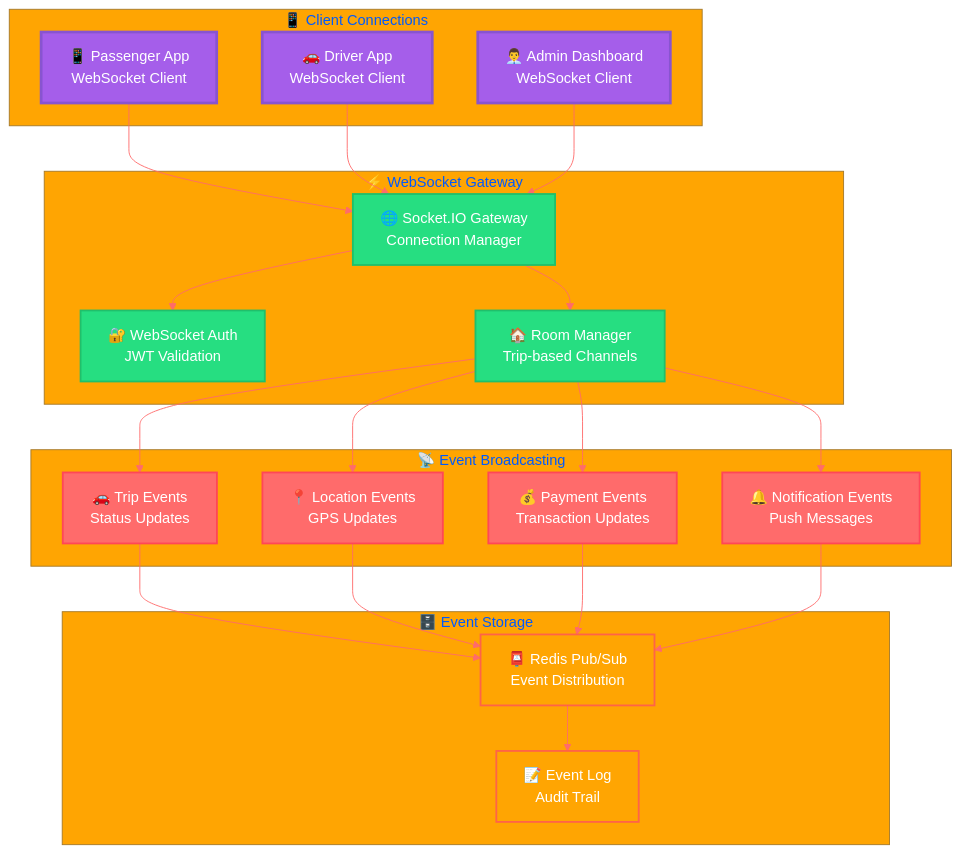
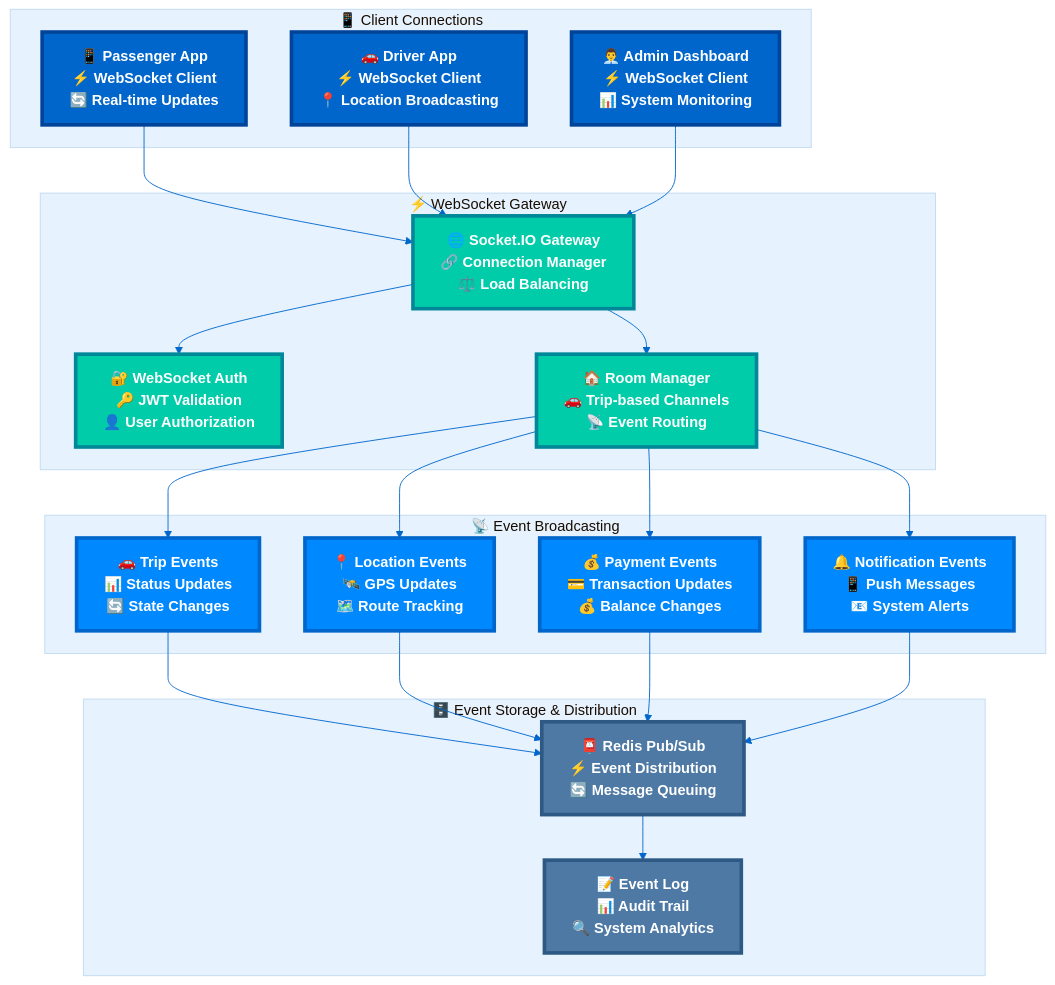
The sixth of 7 diagrams in docs/ARCHITECTURE_UPDATED.md (abdoElHodaky/transportapp), drawn with Mermaid before and after one commit. The commit also changed other lines of this file and 1 other file, not shown here.

````diff
--- a/docs/ARCHITECTURE_UPDATED.md
+++ b/docs/ARCHITECTURE_UPDATED.md
@@ -449,73 +462,73 @@
 ```mermaid
 %%{init: {
   'theme': 'base',
   'themeVariables': {
-    'primaryColor': '#a55eea',
+    'primaryColor': '#0066cc',
     'primaryTextColor': '#ffffff',
-    'primaryBorderColor': '#8854d0',
-    'lineColor': '#ff6b6b',
-    'secondaryColor': '#26de81',
-    'tertiaryColor': '#ffa502',
-    'background': '#1e1e1e',
-    'mainBkg': '#2f3542',
-    'secondBkg': '#57606f',
-    'tertiaryBkg': '#747d8c'
+    'primaryBorderColor': '#004499',
+    'lineColor': '#0066cc',
+    'secondaryColor': '#00ccaa',
+    'tertiaryColor': '#e6f3ff',
+    'background': '#ffffff',
+    'mainBkg': '#0066cc',
+    'secondBkg': '#00ccaa',
+    'tertiaryBkg': '#e6f3ff'
   }
 }}%%
 
 graph TB
     subgraph "📱 Client Connections"
-        PASSENGER[📱 Passenger App<br/>WebSocket Client]
-        DRIVER[🚗 Driver App<br/>WebSocket Client]
-        ADMIN[👨‍💼 Admin Dashboard<br/>WebSocket Client]
+        PASSENGER[📱 Passenger App<br/>⚡ WebSocket Client<br/>🔄 Real-time Updates]
+        DRIVER[🚗 Driver App<br/>⚡ WebSocket Client<br/>📍 Location Broadcasting]
+        ADMIN[👨‍💼 Admin Dashboard<br/>⚡ WebSocket Client<br/>📊 System Monitoring]
     end
     
     subgraph "⚡ WebSocket Gateway"
-        WS_GATEWAY[🌐 Socket.IO Gateway<br/>Connection Manager]
-        WS_AUTH[🔐 WebSocket Auth<br/>JWT Validation]
-        WS_ROOMS[🏠 Room Manager<br/>Trip-based Channels]
+        WS_GATEWAY[🌐 Socket.IO Gateway<br/>🔗 Connection Manager<br/>⚖️ Load Balancing]
+        WS_AUTH[🔐 WebSocket Auth<br/>🔑 JWT Validation<br/>👤 User Authorization]
+        WS_ROOMS[🏠 Room Manager<br/>🚗 Trip-based Channels<br/>📡 Event Routing]
     end
     
     subgraph "📡 Event Broadcasting"
-        TRIP_EVENTS[🚗 Trip Events<br/>Status Updates]
-        LOCATION_EVENTS[📍 Location Events<br/>GPS Updates]
-        PAYMENT_EVENTS[💰 Payment Events<br/>Transaction Updates]
-        NOTIFICATION_EVENTS[🔔 Notification Events<br/>Push Messages]
+        TRIP_EVENTS[🚗 Trip Events<br/>📊 Status Updates<br/>🔄 State Changes]
+        LOCATION_EVENTS[📍 Location Events<br/>🛰️ GPS Updates<br/>🗺️ Route Tracking]
+        PAYMENT_EVENTS[💰 Payment Events<br/>💳 Transaction Updates<br/>💰 Balance Changes]
+        NOTIFICATION_EVENTS[🔔 Notification Events<br/>📱 Push Messages<br/>📧 System Alerts]
     end
     
-    subgraph "🗄️ Event Storage"
-        REDIS_PUB[📮 Redis Pub/Sub<br/>Event Distribution]
-        EVENT_LOG[📝 Event Log<br/>Audit Trail]
+    subgraph "🗄️ Event Storage & Distribution"
+        REDIS_PUB[📮 Redis Pub/Sub<br/>⚡ Event Distribution<br/>🔄 Message Queuing]
+        EVENT_LOG[📝 Event Log<br/>📊 Audit Trail<br/>🔍 System Analytics]
     end
 
     %% Connections
     PASSENGER --> WS_GATEWAY
     DRIVER --> WS_GATEWAY
     ADMIN --> WS_GATEWAY
     
     WS_GATEWAY --> WS_AUTH
     WS_GATEWAY --> WS_ROOMS
     
     WS_ROOMS --> TRIP_EVENTS
     WS_ROOMS --> LOCATION_EVENTS
     WS_ROOMS --> PAYMENT_EVENTS
     WS_ROOMS --> NOTIFICATION_EVENTS
     
     TRIP_EVENTS --> REDIS_PUB
     LOCATION_EVENTS --> REDIS_PUB
     PAYMENT_EVENTS --> REDIS_PUB
     NOTIFICATION_EVENTS --> REDIS_PUB
     
     REDIS_PUB --> EVENT_LOG
 
-    %% Styling
-    classDef clientStyle fill:#a55eea,stroke:#8854d0,stroke-width:3px,color:#fff
-    classDef gatewayStyle fill:#26de81,stroke:#20bf6b,stroke-width:2px,color:#fff
-    classDef eventStyle fill:#ff6b6b,stroke:#ff4757,stroke-width:2px,color:#fff
-    classDef storageStyle fill:#ffa502,stroke:#ff6348,stroke-width:2px,color:#fff
+    %% Eye-catching Architecture WebSocket Styling
+    classDef clientConnections fill:#0066cc,stroke:#004499,stroke-width:4px,color:#ffffff,font-weight:bold
+    classDef websocketGateway fill:#00ccaa,stroke:#008899,stroke-width:4px,color:#ffffff,font-weight:bold
+    classDef eventBroadcasting fill:#0088ff,stroke:#0066cc,stroke-width:4px,color:#ffffff,font-weight:bold
+    classDef eventStorage fill:#4d79a4,stroke:#2e5984,stroke-width:4px,color:#ffffff,font-weight:bold
 
-    class PASSENGER,DRIVER,ADMIN clientStyle
-    class WS_GATEWAY,WS_AUTH,WS_ROOMS gatewayStyle
-    class TRIP_EVENTS,LOCATION_EVENTS,PAYMENT_EVENTS,NOTIFICATION_EVENTS eventStyle
-    class REDIS_PUB,EVENT_LOG storageStyle
+    class PASSENGER,DRIVER,ADMIN clientConnections
+    class WS_GATEWAY,WS_AUTH,WS_ROOMS websocketGateway
+    class TRIP_EVENTS,LOCATION_EVENTS,PAYMENT_EVENTS,NOTIFICATION_EVENTS eventBroadcasting
+    class REDIS_PUB,EVENT_LOG eventStorage
 ```
````
